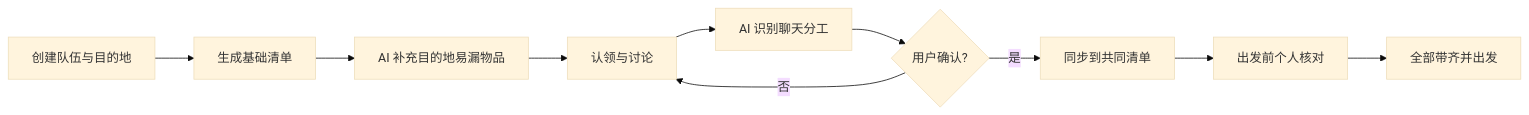
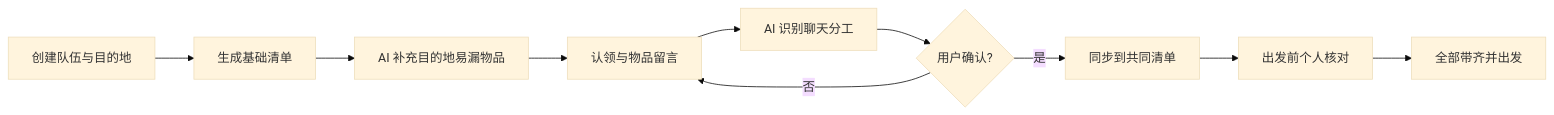
One commit to candy-zy/daiqi-ai-packlist changed the diagram in README.md. Above: the diagram before and after it, drawn with Mermaid (base theme). The commit also changed other lines of this file and 6 other files, not shown here.

````diff
--- a/README.md
+++ b/README.md
@@ -63,12 +63,12 @@
 ```mermaid
 flowchart LR
   A[创建队伍与目的地] --> B[生成基础清单]
   B --> C[AI 补充目的地易漏物品]
-  C --> D[认领与讨论]
+  C --> D[认领与物品留言]
   D --> E[AI 识别聊天分工]
   E --> F{用户确认?}
   F -- 是 --> G[同步到共同清单]
   F -- 否 --> D
   G --> H[出发前个人核对]
   H --> I[全部带齐并出发]
 ```
````
